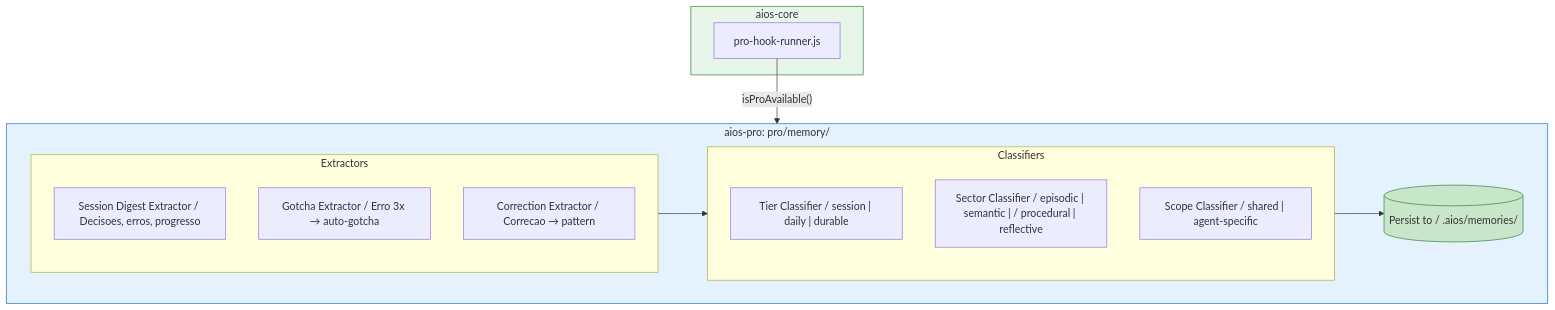
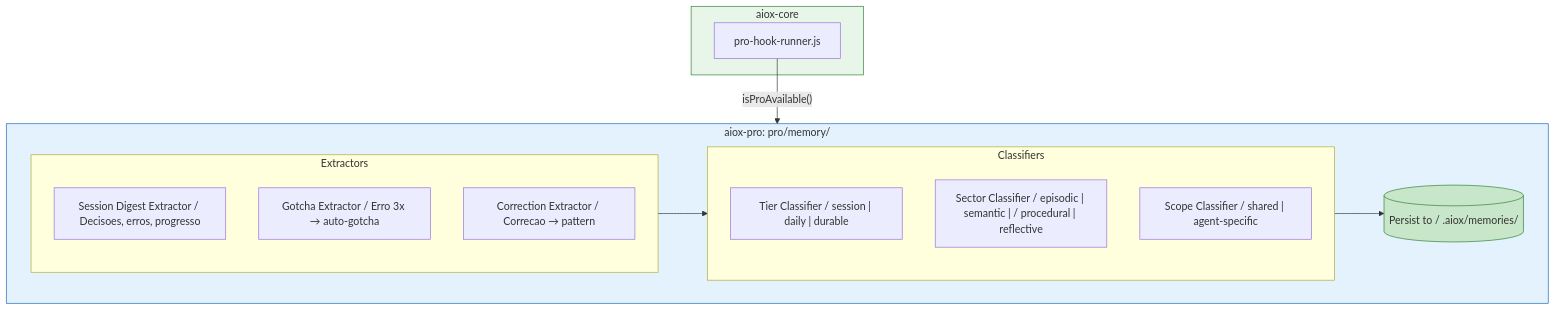
The fifth of 11 diagrams in content/en/docs/guides/MEMORY-INTELLIGENCE-SYSTEM.mdx (bychrisr/aios-docs), drawn with Mermaid before and after one commit. The commit also changed other lines of this file and 564 other files, not shown here.

Commit message:
chore(sync): auto-sync from aios-core 2026-03-05 [skip ci]

````diff
--- a/content/en/docs/guides/MEMORY-INTELLIGENCE-SYSTEM.mdx
+++ b/content/en/docs/guides/MEMORY-INTELLIGENCE-SYSTEM.mdx
@@ -477,29 +477,29 @@
 ```mermaid
 flowchart TD
-    subgraph CORE_HOOKS["aios-core"]
+    subgraph CORE_HOOKS["aiox-core"]
         HR["pro-hook-runner.js"]
     end
 
-    subgraph PRO_CAPTURE["aios-pro: pro/memory/"]
+    subgraph PRO_CAPTURE["aiox-pro: pro/memory/"]
         subgraph EXTRACTORS["Extractors"]
             EX1["Session Digest Extractor / Decisoes, erros, progresso"]
             EX2["Gotcha Extractor / Erro 3x → auto-gotcha"]
             EX3["Correction Extractor / Correcao → pattern"]
         end
 
         subgraph CLASSIFIERS["Classifiers"]
             CL1["Tier Classifier / session | daily | durable"]
             CL2["Sector Classifier / episodic | semantic | / procedural | reflective"]
             CL3["Scope Classifier / shared | agent-specific"]
         end
 
         EXTRACTORS --> CLASSIFIERS
-        CLASSIFIERS --> PERSIST[("Persist to / .aios/memories/")]
+        CLASSIFIERS --> PERSIST[("Persist to / .aiox/memories/")]
     end
 
     HR -->|"isProAvailable()"| PRO_CAPTURE
 
     style CORE_HOOKS fill:#E8F5E9,stroke:#2E7D32
     style PRO_CAPTURE fill:#E3F2FD,stroke:#1565C0
     style PERSIST fill:#C8E6C9,stroke:#2E7D32
 ```
````
